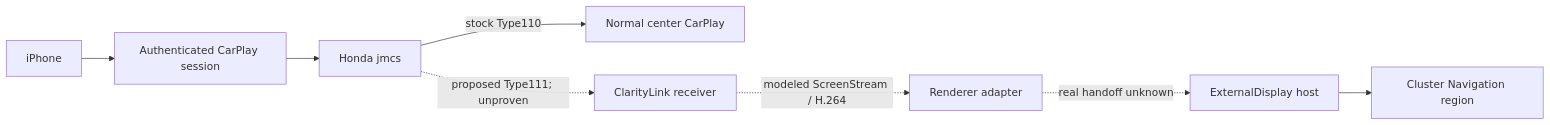
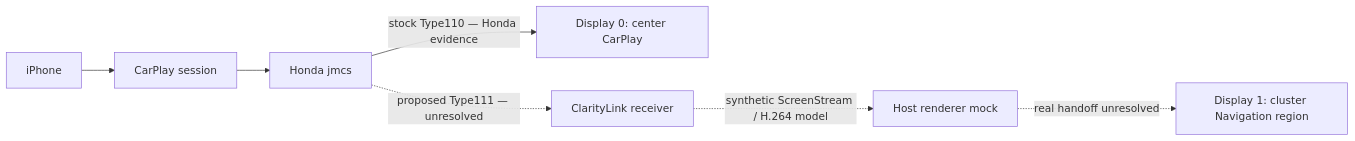
Before and after one commit to bmreyes25/ClarityLink: the diagram in README.md, drawn with Mermaid. The commit also changed other lines of this file and 45 other files, not shown here.

````diff
--- a/README.md
+++ b/README.md
@@ -24,10 +32,9 @@
 ```mermaid
 flowchart LR
-  phone[iPhone] --> session[Authenticated CarPlay session]
+  phone[iPhone] --> session[CarPlay session]
   session --> jmcs[Honda jmcs]
-  jmcs -->|stock Type110| center[Normal center CarPlay]
-  jmcs -.->|proposed Type111; unproven| receiver[ClarityLink receiver]
-  receiver -.->|modeled ScreenStream / H.264| renderer[Renderer adapter]
-  renderer -.->|real handoff unknown| external[ExternalDisplay host]
-  external --> cluster[Cluster Navigation region]
+  jmcs -->|stock Type110 — Honda evidence| center[Display 0: center CarPlay]
+  jmcs -.->|proposed Type111 — unresolved| receiver[ClarityLink receiver]
+  receiver -.->|synthetic ScreenStream / H.264 model| renderer[Host renderer mock]
+  renderer -.->|real handoff unresolved| cluster[Display 1: cluster Navigation region]
 ```
````
